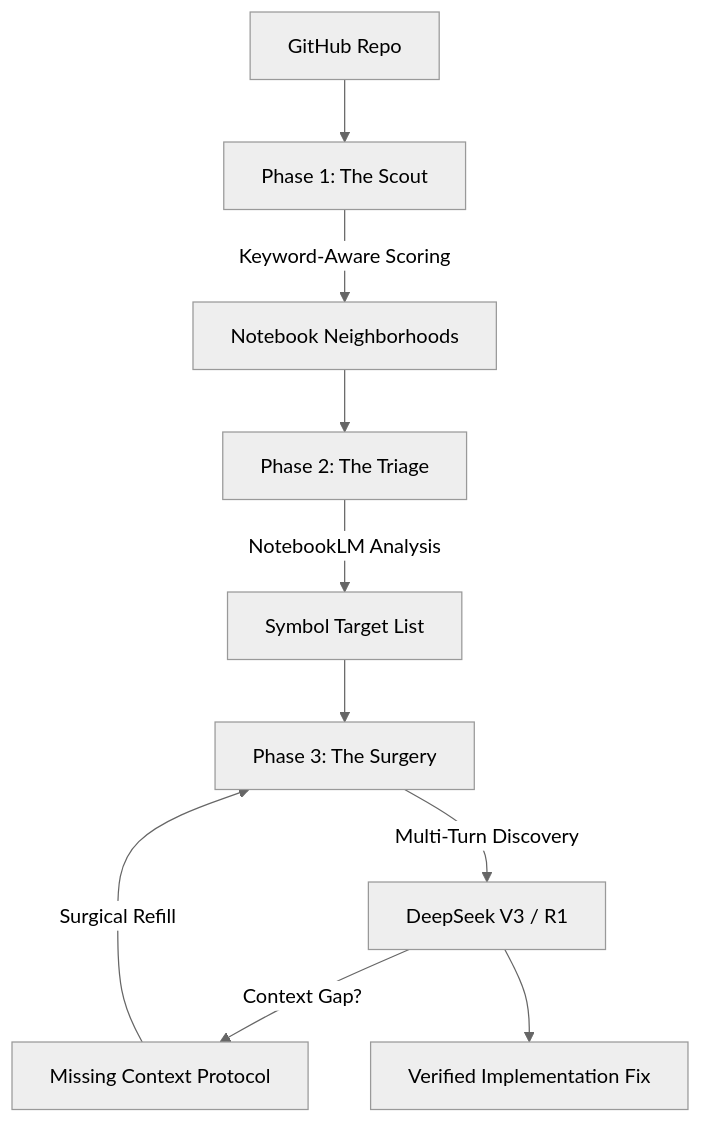
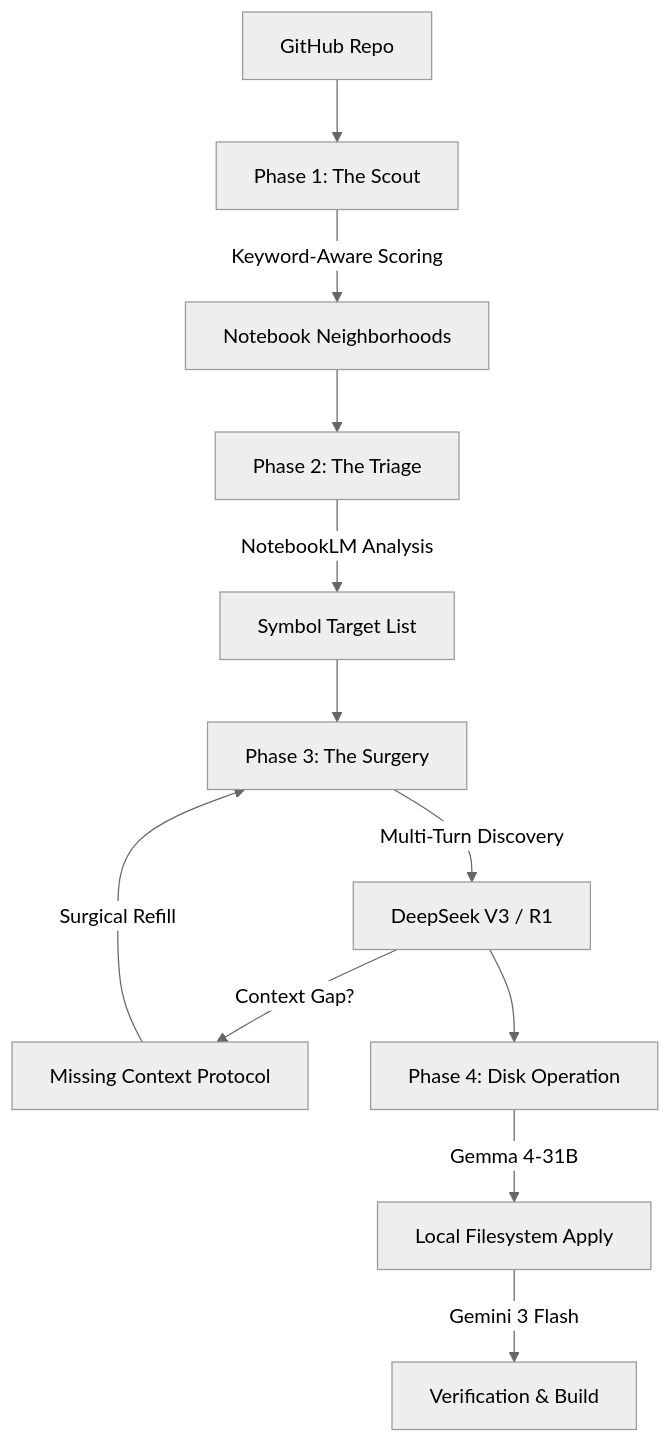
The diagram in README.md (jaadu611/repoorbit), drawn with Mermaid (neutral theme) before and after one commit. The commit also changed other lines of this file and 32 other files, not shown here.

````diff
--- a/README.md
+++ b/README.md
@@ -9,12 +9,14 @@
 ```mermaid
 graph TD
     A[GitHub Repo] --> B[Phase 1: The Scout]
     B -->|Keyword-Aware Scoring| C[Notebook Neighborhoods]
     C --> D[Phase 2: The Triage]
     D -->|NotebookLM Analysis| E[Symbol Target List]
     E --> F[Phase 3: The Surgery]
     F -->|Multi-Turn Discovery| G[DeepSeek V3 / R1]
     G -->|Context Gap?| H[Missing Context Protocol]
     H -->|Surgical Refill| F
-    G --> I[Verified Implementation Fix]
+    G --> I[Phase 4: Disk Operation]
+    I -->|Gemma 4-31B| J[Local Filesystem Apply]
+    J -->|Gemini 3 Flash| K[Verification & Build]
 ```
````
